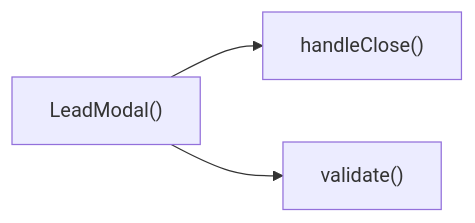
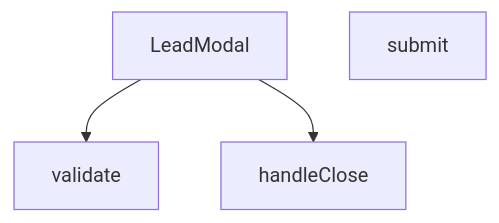
One commit to peckop/venthub-hvac-esite changed the diagram in src/components/LeadModal.md. Above: the diagram before and after it, drawn with Mermaid. The commit also changed other lines of this file and 56 other files, not shown here.

````diff
--- a/src/components/LeadModal.md
+++ b/src/components/LeadModal.md
@@ -153,5 +136,9 @@
 ```mermaid
-graph LR
-    LeadModal["LeadModal()"] --> handleClose["handleClose()"]
-    LeadModal["LeadModal()"] --> validate["validate()"]
+graph TD
+    LeadModal_tsx__LeadModal["LeadModal"]
+    LeadModal_tsx__handleClose["handleClose"]
+    LeadModal_tsx__submit["submit"]
+    LeadModal_tsx__validate["validate"]
+    LeadModal_tsx__LeadModal --> LeadModal_tsx__validate
+    LeadModal_tsx__LeadModal --> LeadModal_tsx__handleClose
 ```
````
